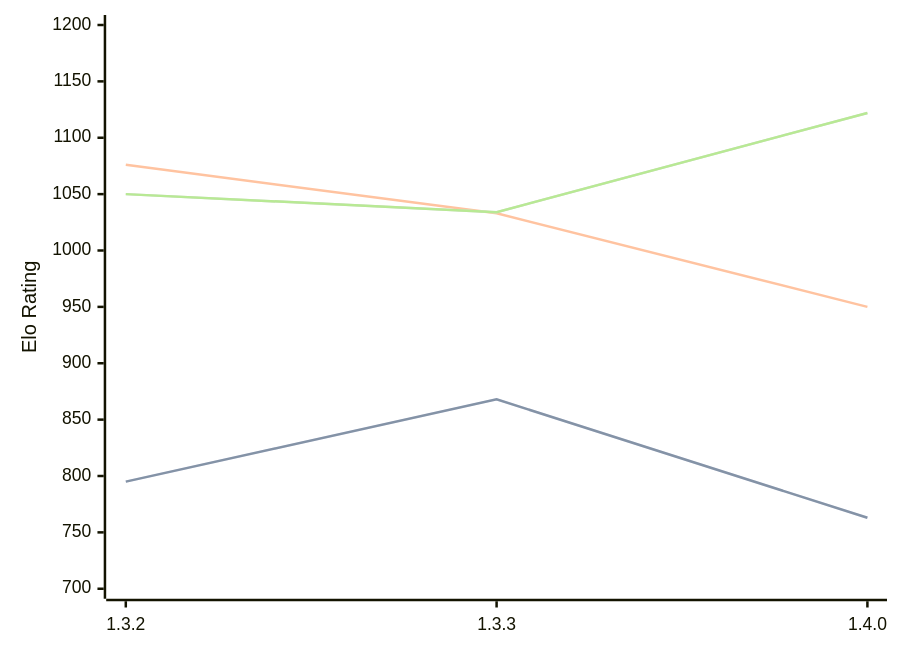
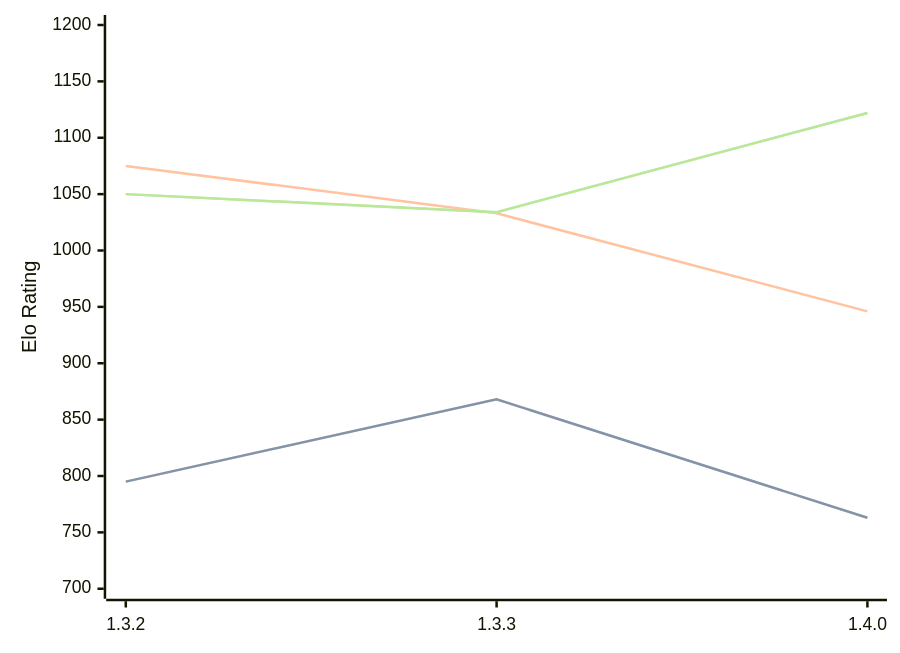
One commit to computer-chess-index/cci changed the diagram in engines/Whitespine.md. Above: the diagram before and after it, drawn with Mermaid. The commit also changed other lines of this file, not shown here.

````diff
--- a/engines/Whitespine.md
+++ b/engines/Whitespine.md
@@ -36,11 +36,11 @@
 ```mermaid
 %%{init: {"theme":"base","themeVariables":{"seriesColors:['#a3a3a3','#222221','#faa371']}}}%%
 xychart-beta
   x-axis ["1.3.2", "1.3.3", "1.4.0"]
   y-axis "Elo Rating" 700 --> 1200
   line "STC (8.0+0.08s)" [795, 868, 763]
   line "STC (8.0+0.08s)" [795, 868, 763]
-  line "LTC (60.0+0.60s)" [1076, 1033, 950]
+  line "LTC (60.0+0.60s)" [1075, 1033, 946]
   line "VLTC (2m24s+1.12s)" [1050, 1034, 1122]
   line "VLTC (2m24s+1.12s)" [1050, 1034, 1122]
 ```
````
